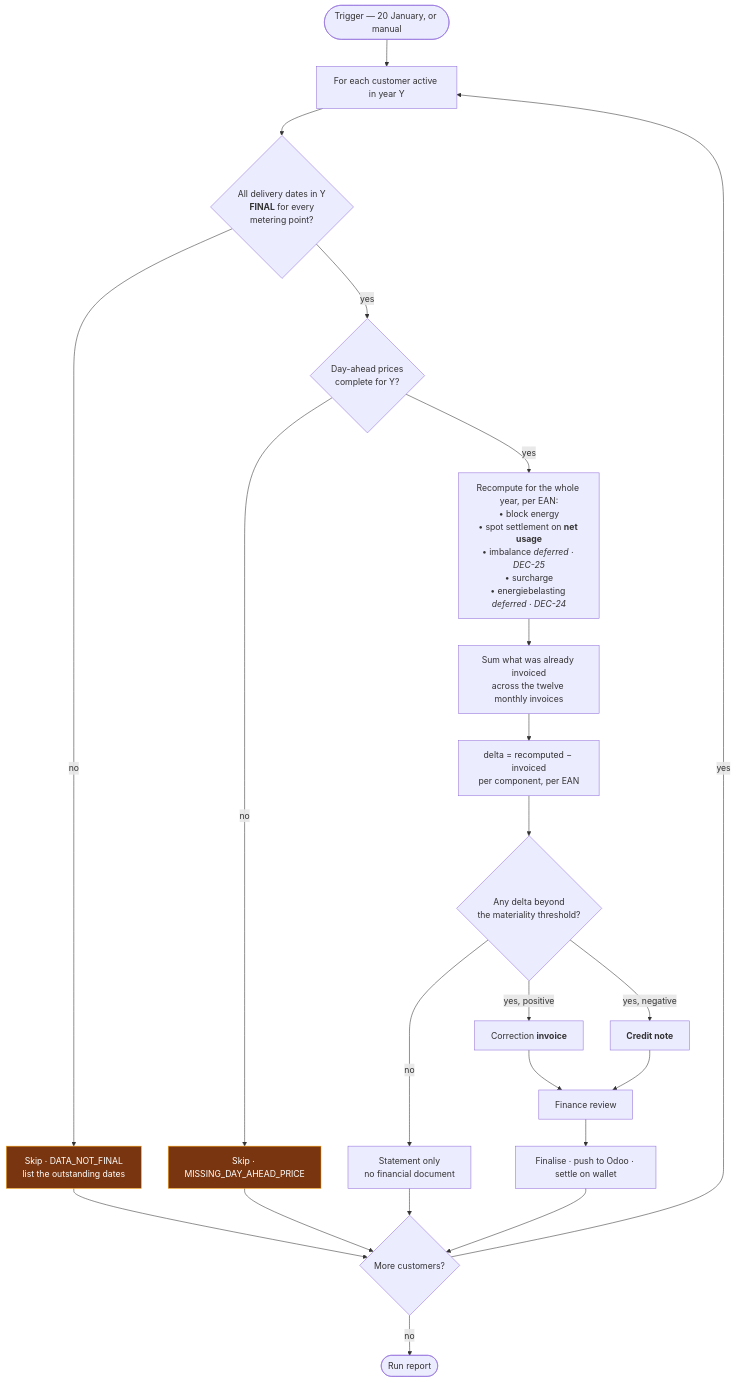
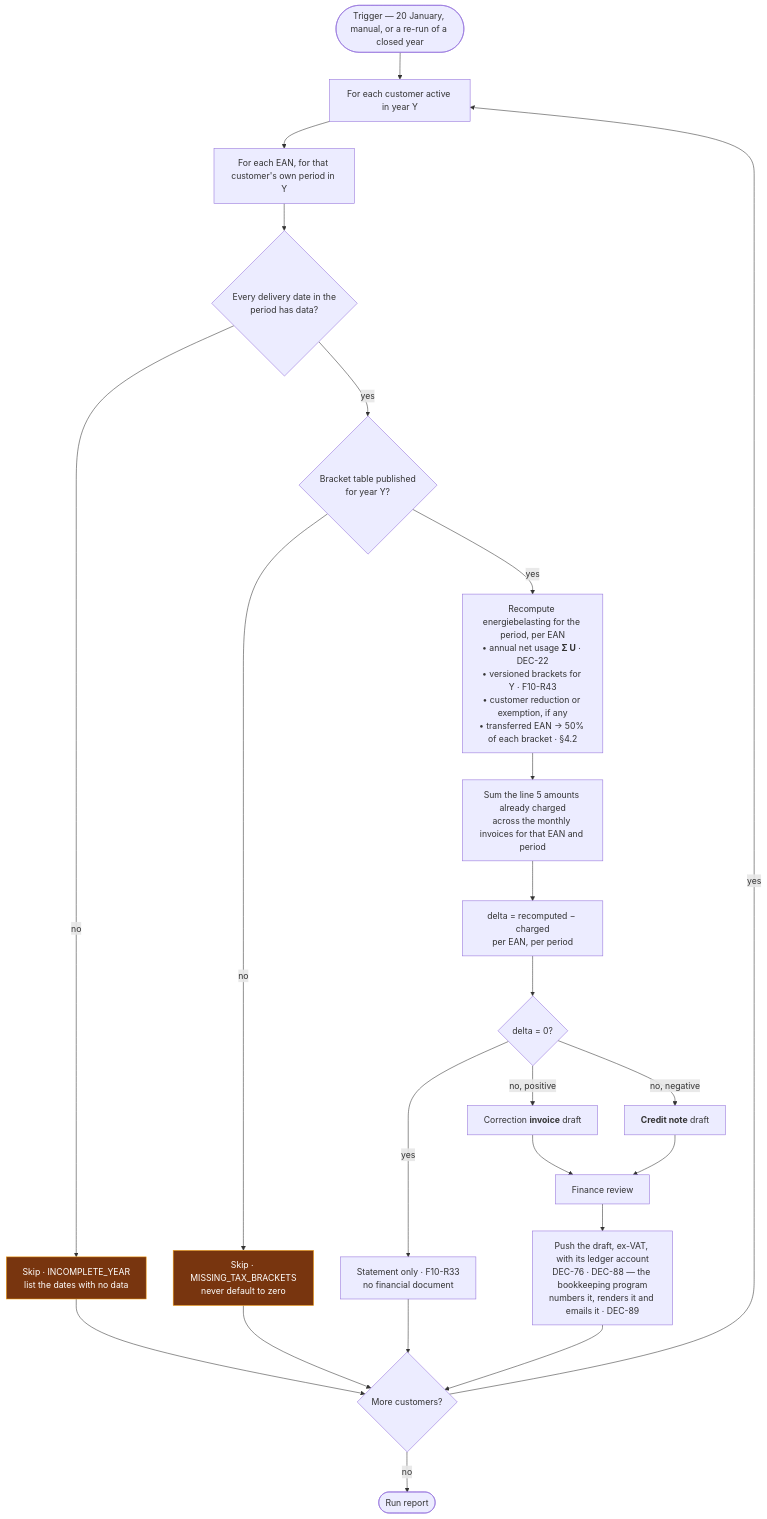
Before and after one commit to lukastosic-ifd/peakpowerspecs: the second of 4 diagrams in specs/40-processes/05-annual-true-up.md, drawn with Mermaid. The commit also changed other lines of this file and 66 other files, not shown here.

````diff
--- a/specs/40-processes/05-annual-true-up.md
+++ b/specs/40-processes/05-annual-true-up.md
@@ -60,30 +127,31 @@
 ```mermaid
 flowchart TB
-    T(["Trigger — 20 January, or manual"]) --> LOOP["For each customer active in year Y"]
-    LOOP --> GATE{"All delivery dates in Y<br/><b>FINAL</b> for every<br/>metering point?"}
-    GATE -->|no| SKIP["Skip · DATA_NOT_FINAL<br/>list the outstanding dates"]
-    GATE -->|yes| PRICE{"Day-ahead prices<br/>complete for Y?"}
-    PRICE -->|no| SKIP2["Skip · MISSING_DAY_AHEAD_PRICE"]
-    PRICE -->|yes| RECALC
+    T(["Trigger — 20 January, manual, or a re-run of a closed year"]) --> LOOP["For each customer active in year Y"]
+    LOOP --> EANS["For each EAN, for that customer's own period in Y"]
+    EANS --> GATE{"Every delivery date in the<br/>period has data?"}
+    GATE -->|no| SKIP["Skip · INCOMPLETE_YEAR<br/>list the dates with no data"]
+    GATE -->|yes| BR{"Bracket table published<br/>for year Y?"}
+    BR -->|no| SKIP2["Skip · MISSING_TAX_BRACKETS<br/>never default to zero"]
+    BR -->|yes| RECALC
 
-    RECALC["Recompute for the whole year, per EAN:<br/>• block energy<br/>• spot settlement on <b>net usage</b><br/>• imbalance <i>deferred · DEC-25</i><br/>• surcharge<br/>• energiebelasting <i>deferred · DEC-24</i>"]
-    RECALC --> SUM["Sum what was already invoiced<br/>across the twelve monthly invoices"]
-    SUM --> DELTA["delta = recomputed − invoiced<br/>per component, per EAN"]
-    DELTA --> ZERO{"Any delta beyond<br/>the materiality threshold?"}
-    ZERO -->|no| STMT["Statement only<br/>no financial document"]
-    ZERO -->|"yes, positive"| INV["Correction <b>invoice</b>"]
-    ZERO -->|"yes, negative"| CN["<b>Credit note</b>"]
+    RECALC["Recompute energiebelasting for the period, per EAN<br/>• annual net usage <b>Σ U</b> · DEC-22<br/>• versioned brackets for Y · F10-R43<br/>• customer reduction or exemption, if any<br/>• transferred EAN → 50% of each bracket · §4.2"]
+    RECALC --> SUM["Sum the line 5 amounts already charged<br/>across the monthly invoices for that EAN and period"]
+    SUM --> DELTA["delta = recomputed − charged<br/>per EAN, per period"]
+    DELTA --> ZERO{"delta = 0?"}
+    ZERO -->|yes| STMT["Statement only · F10-R33<br/>no financial document"]
+    ZERO -->|"no, positive"| INV["Correction <b>invoice</b> draft"]
+    ZERO -->|"no, negative"| CN["<b>Credit note</b> draft"]
 
     INV --> REVIEW["Finance review"]
     CN --> REVIEW
     STMT --> NEXT
-    REVIEW --> FINAL["Finalise · push to Odoo · settle on wallet"]
-    FINAL --> NEXT{"More customers?"}
+    REVIEW --> PUSH["Push the draft, ex-VAT, with its ledger account<br/>DEC-76 · DEC-88 — the bookkeeping program<br/>numbers it, renders it and emails it · DEC-89"]
+    PUSH --> NEXT{"More customers?"}
     SKIP --> NEXT
     SKIP2 --> NEXT
     NEXT -->|yes| LOOP
     NEXT -->|no| REPORT(["Run report"])
 
     classDef warn fill:#78350f,stroke:#f59e0b,color:#fff
     class SKIP,SKIP2 warn
 ```
````
